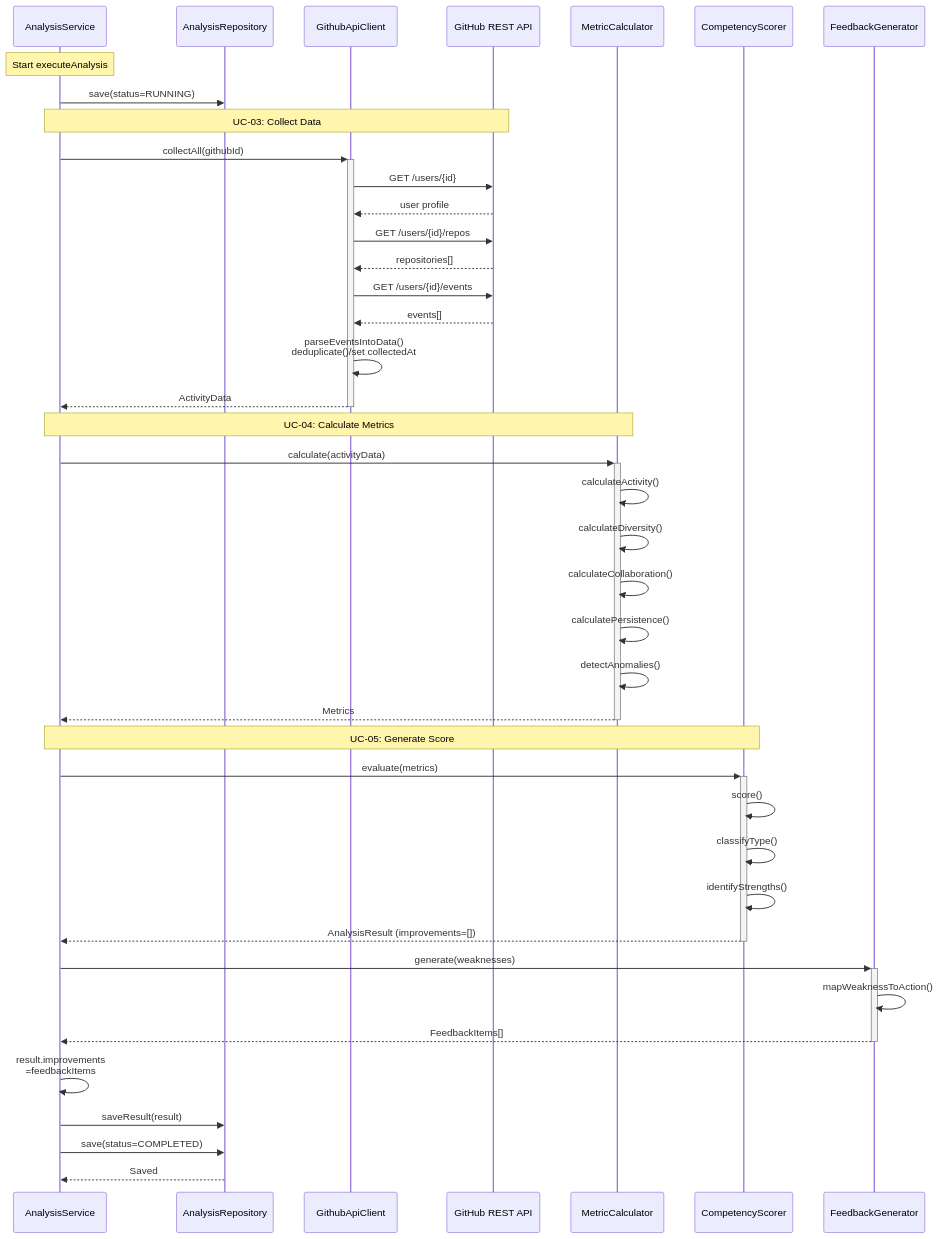
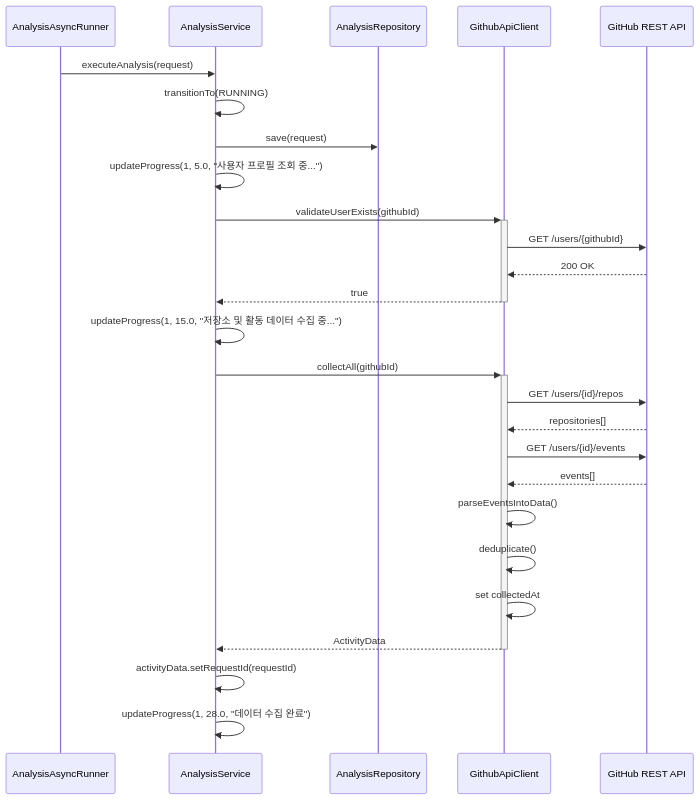
Diagram 14 of 20 in docs/project/[Design]22212046_안효원.md (NotHyoone/OSS_Design), drawn with Mermaid before and after one commit. The commit also changed other lines of this file and 1 other file, not shown here.

Commit message:
docs: fix links and expand sequence diagrams

````diff
--- a/docs/project/[Design]22212046_안효원.md
+++ b/docs/project/[Design]22212046_안효원.md
@@ -1698,49 +1741,32 @@
 ```mermaid
 sequenceDiagram
+    participant AsyncRunner as AnalysisAsyncRunner
     participant AnalysisSvc as AnalysisService
     participant Repo as AnalysisRepository
     participant GithubClient as GithubApiClient
     participant GitHubAPI as GitHub REST API
-    participant MetricCalc as MetricCalculator
-    participant Scorer as CompetencyScorer
-    participant FeedbackGen as FeedbackGenerator
 
-    Note over AnalysisSvc: Start executeAnalysis
-    AnalysisSvc->>Repo: save(status=RUNNING)
+    AsyncRunner->>AnalysisSvc: executeAnalysis(request)
+    AnalysisSvc->>AnalysisSvc: transitionTo(RUNNING)
+    AnalysisSvc->>Repo: save(request)
+    AnalysisSvc->>AnalysisSvc: updateProgress(1, 5.0, "사용자 프로필 조회 중...")
 
-    Note over AnalysisSvc,GitHubAPI: UC-03: Collect Data
+    AnalysisSvc->>+GithubClient: validateUserExists(githubId)
+    GithubClient->>GitHubAPI: GET /users/{githubId}
+    GitHubAPI-->>GithubClient: 200 OK
+    GithubClient-->>-AnalysisSvc: true
+
+    AnalysisSvc->>AnalysisSvc: updateProgress(1, 15.0, "저장소 및 활동 데이터 수집 중...")
     AnalysisSvc->>+GithubClient: collectAll(githubId)
-    GithubClient->>GitHubAPI: GET /users/{id}
-    GitHubAPI-->>GithubClient: user profile
     GithubClient->>GitHubAPI: GET /users/{id}/repos
     GitHubAPI-->>GithubClient: repositories[]
     GithubClient->>GitHubAPI: GET /users/{id}/events
     GitHubAPI-->>GithubClient: events[]
-    GithubClient->>GithubClient: parseEventsIntoData()<br/>deduplicate()/set collectedAt
+    GithubClient->>GithubClient: parseEventsIntoData()
+    GithubClient->>GithubClient: deduplicate()
+    GithubClient->>GithubClient: set collectedAt
     GithubClient-->>-AnalysisSvc: ActivityData
 
-    Note over AnalysisSvc,MetricCalc: UC-04: Calculate Metrics
-    AnalysisSvc->>+MetricCalc: calculate(activityData)
-    MetricCalc->>MetricCalc: calculateActivity()
-    MetricCalc->>MetricCalc: calculateDiversity()
-    MetricCalc->>MetricCalc: calculateCollaboration()
-    MetricCalc->>MetricCalc: calculatePersistence()
-    MetricCalc->>MetricCalc: detectAnomalies()
-    MetricCalc-->>-AnalysisSvc: Metrics
-
-    Note over AnalysisSvc,Scorer: UC-05: Generate Score
-    AnalysisSvc->>+Scorer: evaluate(metrics)
-    Scorer->>Scorer: score()
-    Scorer->>Scorer: classifyType()
-    Scorer->>Scorer: identifyStrengths()
-    Scorer-->>-AnalysisSvc: AnalysisResult (improvements=[])
-
-    AnalysisSvc->>+FeedbackGen: generate(weaknesses)
-    FeedbackGen->>FeedbackGen: mapWeaknessToAction()
-    FeedbackGen-->>-AnalysisSvc: FeedbackItems[]
-
-    AnalysisSvc->>AnalysisSvc: result.improvements<br/>=feedbackItems
-    AnalysisSvc->>Repo: saveResult(result)
-    AnalysisSvc->>Repo: save(status=COMPLETED)
-    Repo-->>AnalysisSvc: Saved
+    AnalysisSvc->>AnalysisSvc: activityData.setRequestId(requestId)
+    AnalysisSvc->>AnalysisSvc: updateProgress(1, 28.0, "데이터 수집 완료")
 ```
````
